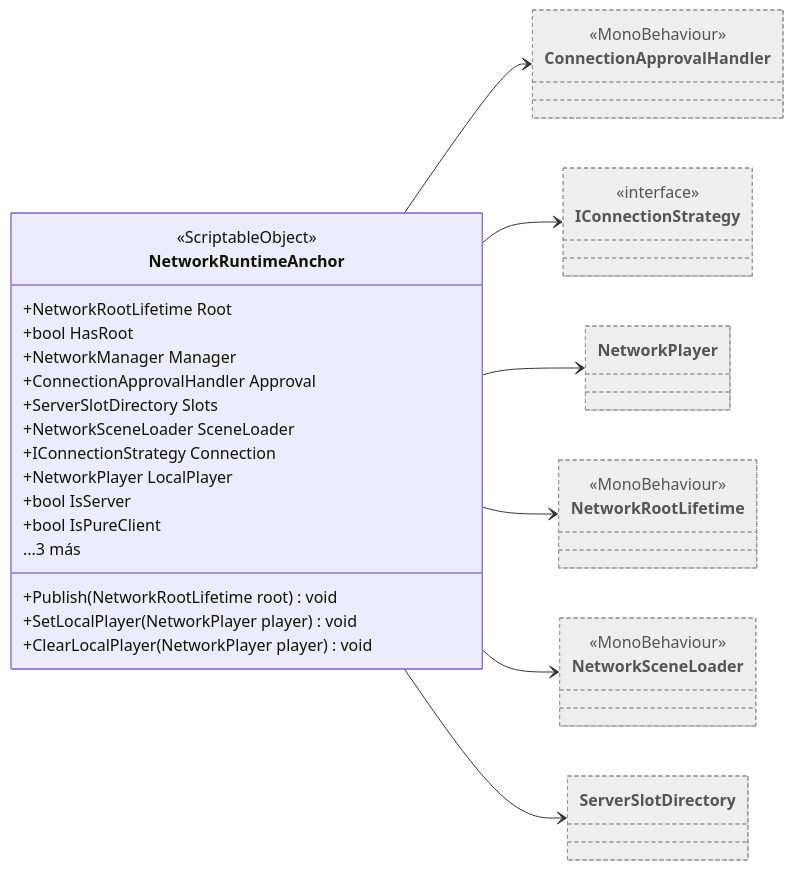
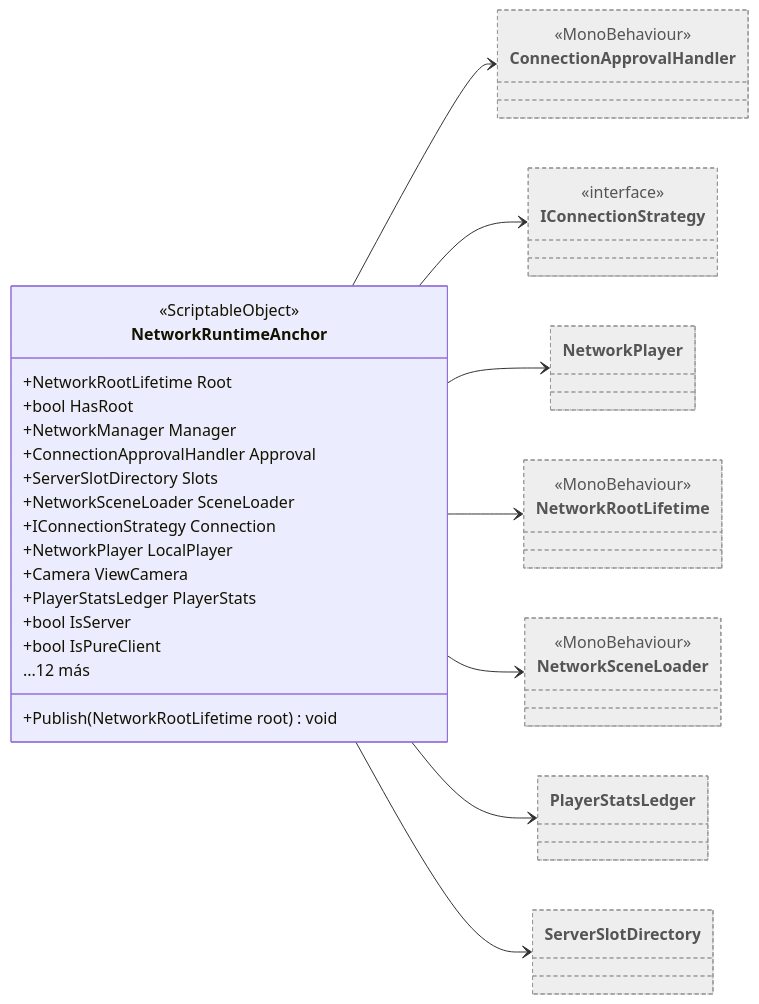
The diagram in Docs/Arquitectura/Clases/Networking/NetworkRuntimeAnchor.md (Chacashi/Alien-Farms), drawn with Mermaid before and after one commit. The commit also changed other lines of this file and 257 other files, not shown here.

````diff
--- a/Docs/Arquitectura/Clases/Networking/NetworkRuntimeAnchor.md
+++ b/Docs/Arquitectura/Clases/Networking/NetworkRuntimeAnchor.md
@@ -18,38 +18,40 @@
 ```mermaid
 classDiagram
   direction LR
   class NetworkRuntimeAnchor {
     <<ScriptableObject>>
     +NetworkRootLifetime Root
     +bool HasRoot
     +NetworkManager Manager
     +ConnectionApprovalHandler Approval
     +ServerSlotDirectory Slots
     +NetworkSceneLoader SceneLoader
     +IConnectionStrategy Connection
     +NetworkPlayer LocalPlayer
+    +Camera ViewCamera
+    +PlayerStatsLedger PlayerStats
     +bool IsServer
     +bool IsPureClient
     +Publish(NetworkRootLifetime root) void
-    +SetLocalPlayer(NetworkPlayer player) void
-    +ClearLocalPlayer(NetworkPlayer player) void
-    ...3 más
+    ...12 más
   }
   class ConnectionApprovalHandler:::external
   <<MonoBehaviour>> ConnectionApprovalHandler
   class IConnectionStrategy:::external
   <<interface>> IConnectionStrategy
   class NetworkPlayer:::external
   class NetworkRootLifetime:::external
   <<MonoBehaviour>> NetworkRootLifetime
   class NetworkSceneLoader:::external
   <<MonoBehaviour>> NetworkSceneLoader
+  class PlayerStatsLedger:::external
   class ServerSlotDirectory:::external
   NetworkRuntimeAnchor --> ConnectionApprovalHandler
   NetworkRuntimeAnchor --> IConnectionStrategy
   NetworkRuntimeAnchor --> NetworkPlayer
   NetworkRuntimeAnchor --> NetworkRootLifetime
   NetworkRuntimeAnchor --> NetworkSceneLoader
+  NetworkRuntimeAnchor --> PlayerStatsLedger
   NetworkRuntimeAnchor --> ServerSlotDirectory
   classDef external fill:#eee,stroke:#999,stroke-dasharray: 4 3,color:#555
 ```
````
